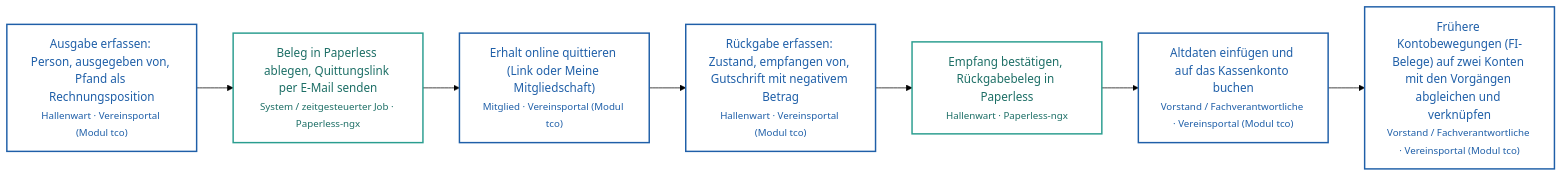
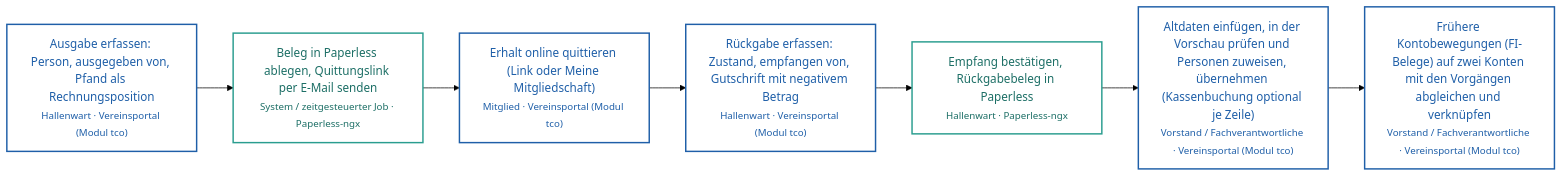
Before and after one commit to lautor80/Homeprojekt: the tenth of 10 diagrams in docs/landschaft/level-2-prozesse.md, drawn with Mermaid (forest theme). The commit also changed other lines of this file and 6 other files, not shown here.

First line of the commit message:
Hallenschlüssel: Altdaten mit Vorschau, Zuweisung von Hand und optionaler Buchung (#215)

````diff
--- a/docs/landschaft/level-2-prozesse.md
+++ b/docs/landschaft/level-2-prozesse.md
@@ -333,20 +333,20 @@
 ```mermaid
 flowchart LR
   S0["Ausgabe erfassen: Person, ausgegeben von, Pfand als Rechnungsposition<br/><small>Hallenwart · Vereinsportal (Modul tco)</small>"]:::portal
   S1["Beleg in Paperless ablegen, Quittungslink per E-Mail senden<br/><small>System / zeitgesteuerter Job · Paperless-ngx</small>"]:::extern
   S0 --> S1
   S2["Erhalt online quittieren (Link oder Meine Mitgliedschaft)<br/><small>Mitglied · Vereinsportal (Modul tco)</small>"]:::portal
   S1 --> S2
   S3["Rückgabe erfassen: Zustand, empfangen von, Gutschrift mit negativem Betrag<br/><small>Hallenwart · Vereinsportal (Modul tco)</small>"]:::portal
   S2 --> S3
   S4["Empfang bestätigen, Rückgabebeleg in Paperless<br/><small>Hallenwart · Paperless-ngx</small>"]:::extern
   S3 --> S4
-  S5["Altdaten einfügen und auf das Kassenkonto buchen<br/><small>Vorstand / Fachverantwortliche · Vereinsportal (Modul tco)</small>"]:::portal
+  S5["Altdaten einfügen, in der Vorschau prüfen und Personen zuweisen, übernehmen (Kassenbuchung optional je Zeile)<br/><small>Vorstand / Fachverantwortliche · Vereinsportal (Modul tco)</small>"]:::portal
   S4 --> S5
   S6["Frühere Kontobewegungen (FI-Belege) auf zwei Konten mit den Vorgängen abgleichen und verknüpfen<br/><small>Vorstand / Fachverantwortliche · Vereinsportal (Modul tco)</small>"]:::portal
   S5 --> S6
   classDef portal fill:#ffffff,stroke:#1f5fa8,stroke-width:2px,color:#1f5fa8
   classDef n8n fill:#ffffff,stroke:#2e7d32,stroke-width:2px,color:#2e7d32
   classDef extern fill:#ffffff,stroke:#2a9d8f,stroke-width:2px,color:#1d6f66
   classDef person fill:#ffffff,stroke:#7f7f7f,stroke-width:2px,stroke-dasharray:4 3,color:#404040
 ```
````
